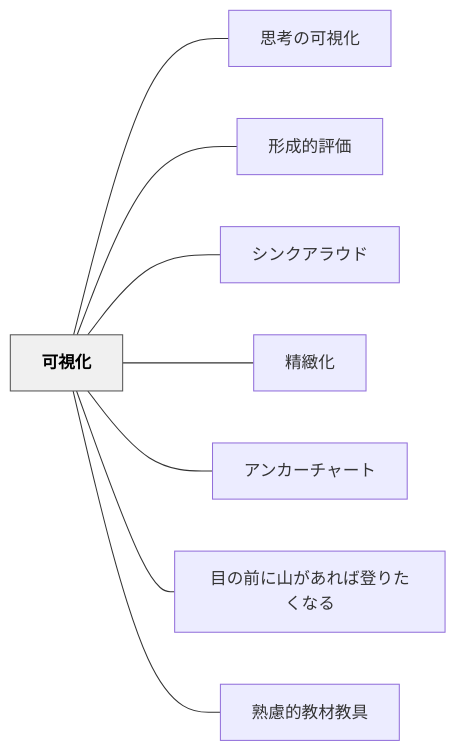
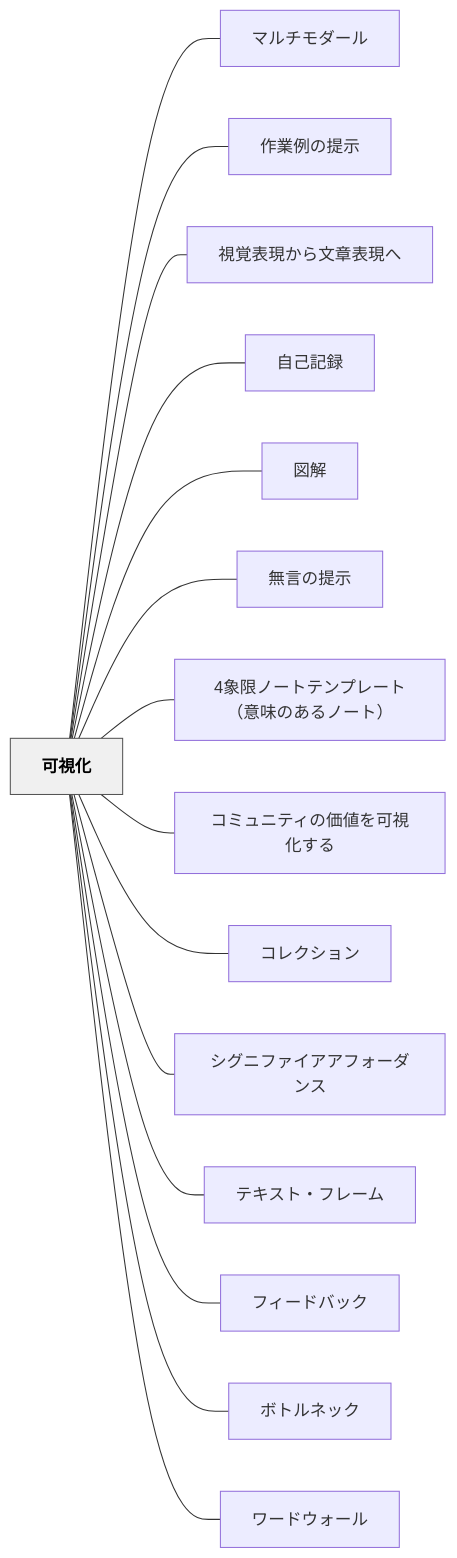
Before and after one commit to unknownthings-ed-patterns/unknownthings-ed-patterns: the diagram in content/パタン/可視化.md, drawn with Mermaid. The commit also changed other lines of this file and 473 other files, not shown here.

````diff
--- a/content/パタン/可視化.md
+++ b/content/パタン/可視化.md
@@ -241,22 +269,36 @@
 ```mermaid
 flowchart LR
     ne58fafe8a696["可視化"]
-    ne6809de88083["思考の可視化"]
-    ne5bda2e68890["形成的評価"]
-    ne382b7e383b3["シンクアラウド"]
-    ne7b2bee7b7bb["精緻化"]
-    ne382a2e383b3["アンカーチャート"]
-    ne79baee381ae["目の前に山があれば登りたくなる"]
-    ne7869fe685ae["熟慮的教材教具"]
+    ne3839ee383ab["マルチモダール"]
+    ne4bd9ce6a5ad["作業例の提示"]
+    ne8a696e8a69a["視覚表現から文章表現へ"]
+    ne887aae5b7b1["自己記録"]
+    ne59bb3e8a7a3["図解"]
+    ne784a1e8a880["無言の提示"]
+    n34e8b1a1e999["4象限ノートテンプレート（意味のあるノート）"]
+    ne382b3e3839f["コミュニティの価値を可視化する"]
+    ne382b3e383ac["コレクション"]
+    ne382b7e382b0["シグニファイアアフォーダンス"]
+    ne38386e382ad["テキスト・フレーム"]
+    ne38395e382a3["フィードバック"]
+    ne3839ce38388["ボトルネック"]
+    ne383afe383bc["ワードウォール"]
 
-    ne58fafe8a696 --- ne6809de88083
-    ne58fafe8a696 --- ne5bda2e68890
-    ne58fafe8a696 --- ne382b7e383b3
-    ne58fafe8a696 --- ne7b2bee7b7bb
-    ne58fafe8a696 --- ne382a2e383b3
-    ne58fafe8a696 --- ne79baee381ae
-    ne58fafe8a696 --- ne7869fe685ae
+    ne58fafe8a696 --- ne3839ee383ab
+    ne58fafe8a696 --- ne4bd9ce6a5ad
+    ne58fafe8a696 --- ne8a696e8a69a
+    ne58fafe8a696 --- ne887aae5b7b1
+    ne58fafe8a696 --- ne59bb3e8a7a3
+    ne58fafe8a696 --- ne784a1e8a880
+    ne58fafe8a696 --- n34e8b1a1e999
+    ne58fafe8a696 --- ne382b3e3839f
+    ne58fafe8a696 --- ne382b3e383ac
+    ne58fafe8a696 --- ne382b7e382b0
+    ne58fafe8a696 --- ne38386e382ad
+    ne58fafe8a696 --- ne38395e382a3
+    ne58fafe8a696 --- ne3839ce38388
+    ne58fafe8a696 --- ne383afe383bc
 
     classDef hub fill:#f0f0f0,stroke:#555,color:#000,font-weight:bold
     class ne58fafe8a696 hub
 ```
````
